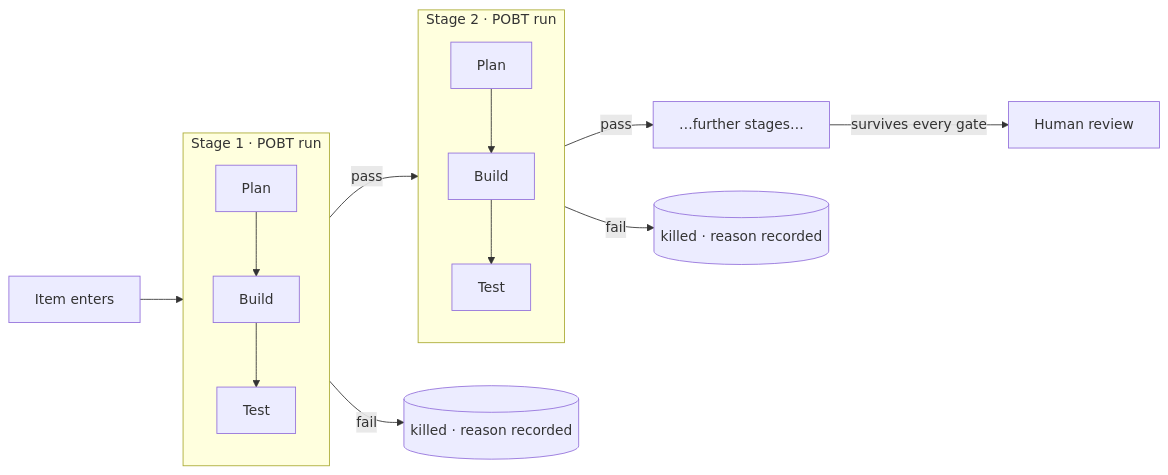
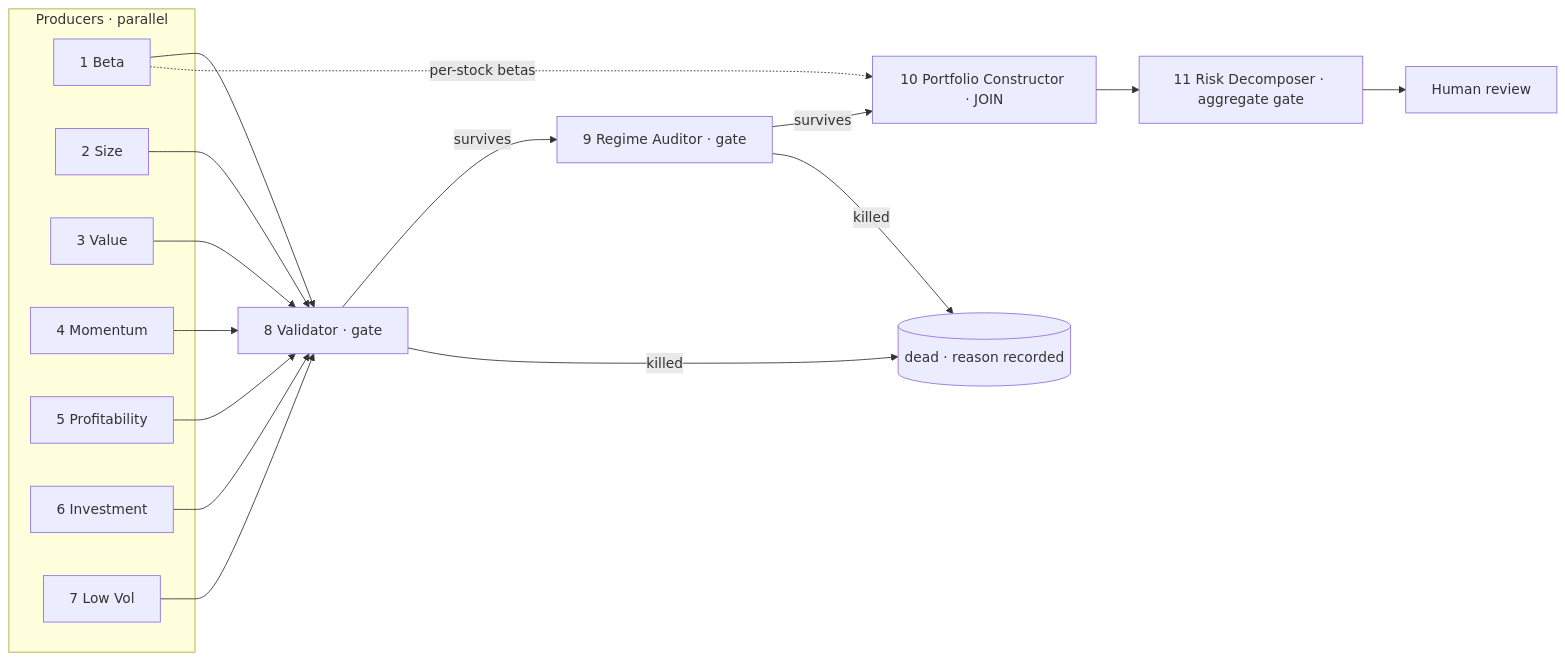
One commit to rick-c-goog/agent-team changed the fifth of 5 diagrams in DESIGN.md. Above: the diagram before and after it, drawn with Mermaid. The commit also changed other lines of this file, not shown here.

First line of the commit message:
DESIGN v0.3: model the eleven-node factor graph, not just a linear funnel

````diff
--- a/DESIGN.md
+++ b/DESIGN.md
@@ -755,15 +805,20 @@
 ```mermaid
 flowchart LR
-    I[Item enters] --> S1
-    subgraph S1["Stage 1 · POBT run"]
-        P1[Plan] --> B1[Build] --> T1[Test]
+    subgraph P["Producers · parallel"]
+        N1[1 Beta]
+        N2[2 Size]
+        N3[3 Value]
+        N4[4 Momentum]
+        N5[5 Profitability]
+        N6[6 Investment]
+        N7[7 Low Vol]
     end
-    S1 -->|pass| S2
-    S1 -->|fail| K1[(killed · reason recorded)]
-    subgraph S2["Stage 2 · POBT run"]
-        P2[Plan] --> B2[Build] --> T2[Test]
-    end
-    S2 -->|pass| S3[…further stages…]
-    S2 -->|fail| K2[(killed · reason recorded)]
-    S3 -->|survives every gate| H[Human review]
+    N1 & N2 & N3 & N4 & N5 & N6 & N7 --> N8[8 Validator · gate]
+    N8 -->|survives| N9[9 Regime Auditor · gate]
+    N8 -->|killed| K[(dead · reason recorded)]
+    N9 -->|survives| N10[10 Portfolio Constructor · JOIN]
+    N9 -->|killed| K
+    N1 -. per-stock betas .-> N10
+    N10 --> N11[11 Risk Decomposer · aggregate gate]
+    N11 --> H[Human review]
 ```
````
